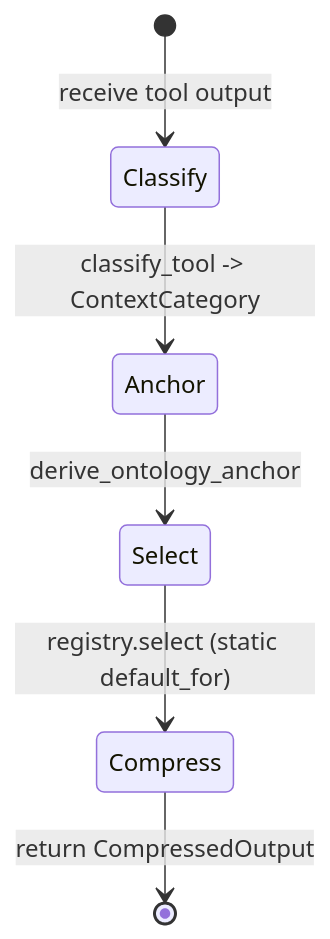
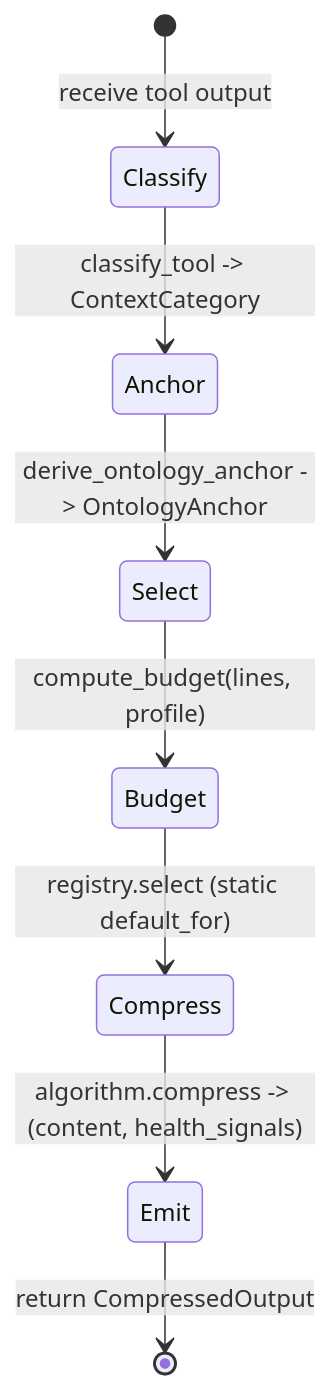
One commit to mdz-axo/zed-kask changed the diagram in kask/docs/diataxis/hkask-condenser/explanation.md. Above: the diagram before and after it, drawn with Mermaid. The commit also changed other lines of this file and 41 other files, not shown here.

````diff
--- a/kask/docs/diataxis/hkask-condenser/explanation.md
+++ b/kask/docs/diataxis/hkask-condenser/explanation.md
@@ -43,8 +55,10 @@
 ```mermaid
 stateDiagram-v2
     [*] --> Classify: receive tool output
     Classify --> Anchor: classify_tool -> ContextCategory
-    Anchor --> Select: derive_ontology_anchor
-    Select --> Compress: registry.select (static default_for)
-    Compress --> [*]: return CompressedOutput
+    Anchor --> Select: derive_ontology_anchor -> OntologyAnchor
+    Select --> Budget: compute_budget(lines, profile)
+    Budget --> Compress: registry.select (static default_for)
+    Compress --> Emit: algorithm.compress -> (content, health_signals)
+    Emit --> [*]: return CompressedOutput
 ```
````
